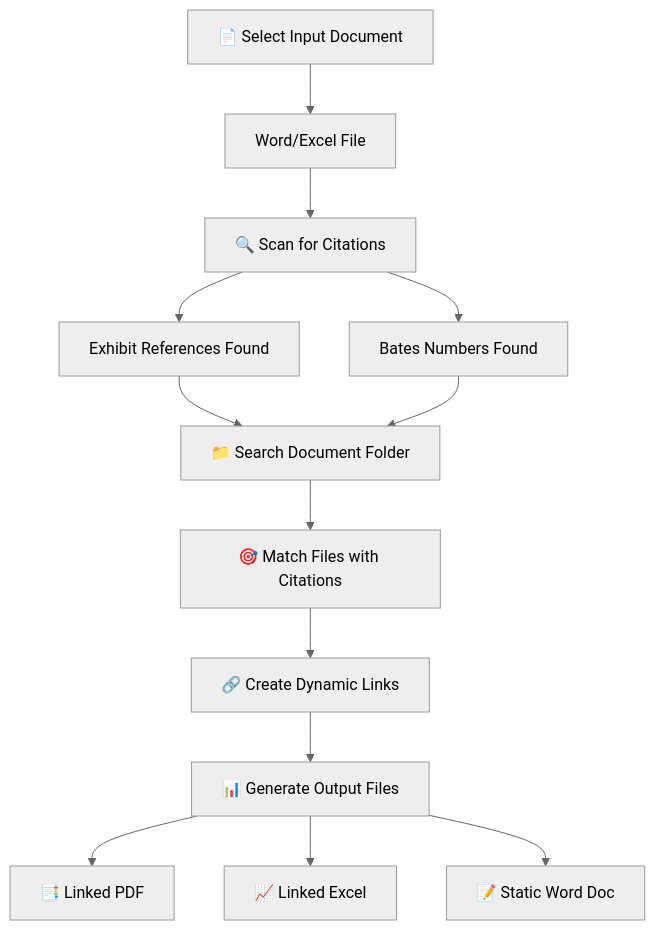
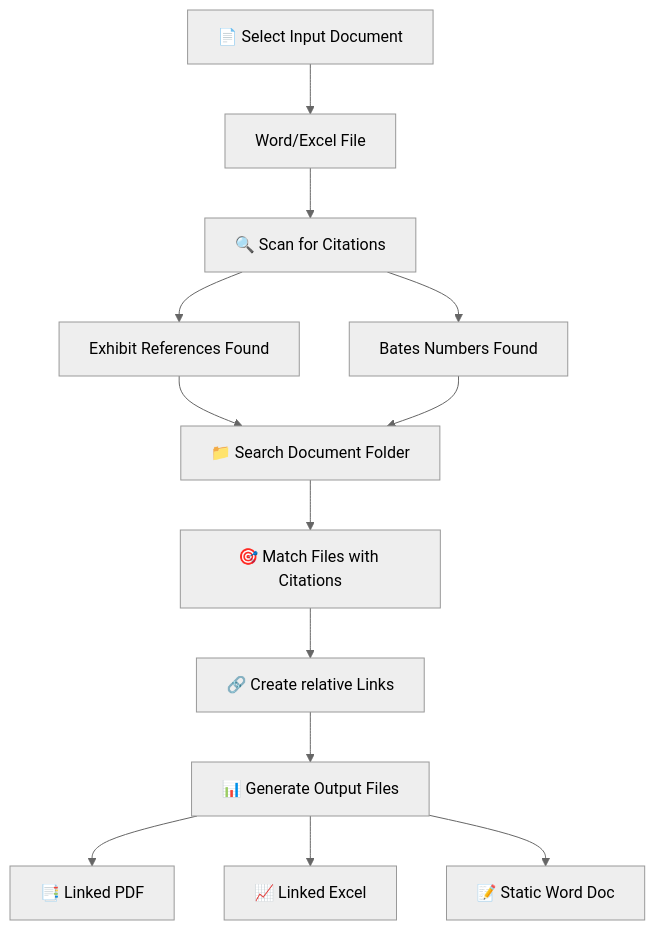
One commit to owens255/Exhibit-Linker changed the diagram in README.md. Above: the diagram before and after it, drawn with Mermaid (neutral theme). The commit also changed other lines of this file, not shown here.

````diff
--- a/README.md
+++ b/README.md
@@ -20,15 +20,15 @@
 ```mermaid
 graph TD
     A[📄 Select Input Document] --> B[Word/Excel File]
     B --> C[🔍 Scan for Citations]
     C --> D[Exhibit References Found]
     C --> E[Bates Numbers Found]
     D --> F[📁 Search Document Folder]
     E --> F
     F --> G[🎯 Match Files with Citations]
-    G --> H[🔗 Create Dynamic Links]
+    G --> H[🔗 Create relative Links]
     H --> I[📊 Generate Output Files]
     I --> J[📑 Linked PDF]
     I --> K[📈 Linked Excel]
     I --> L[📝 Static Word Doc]
 ```
````
